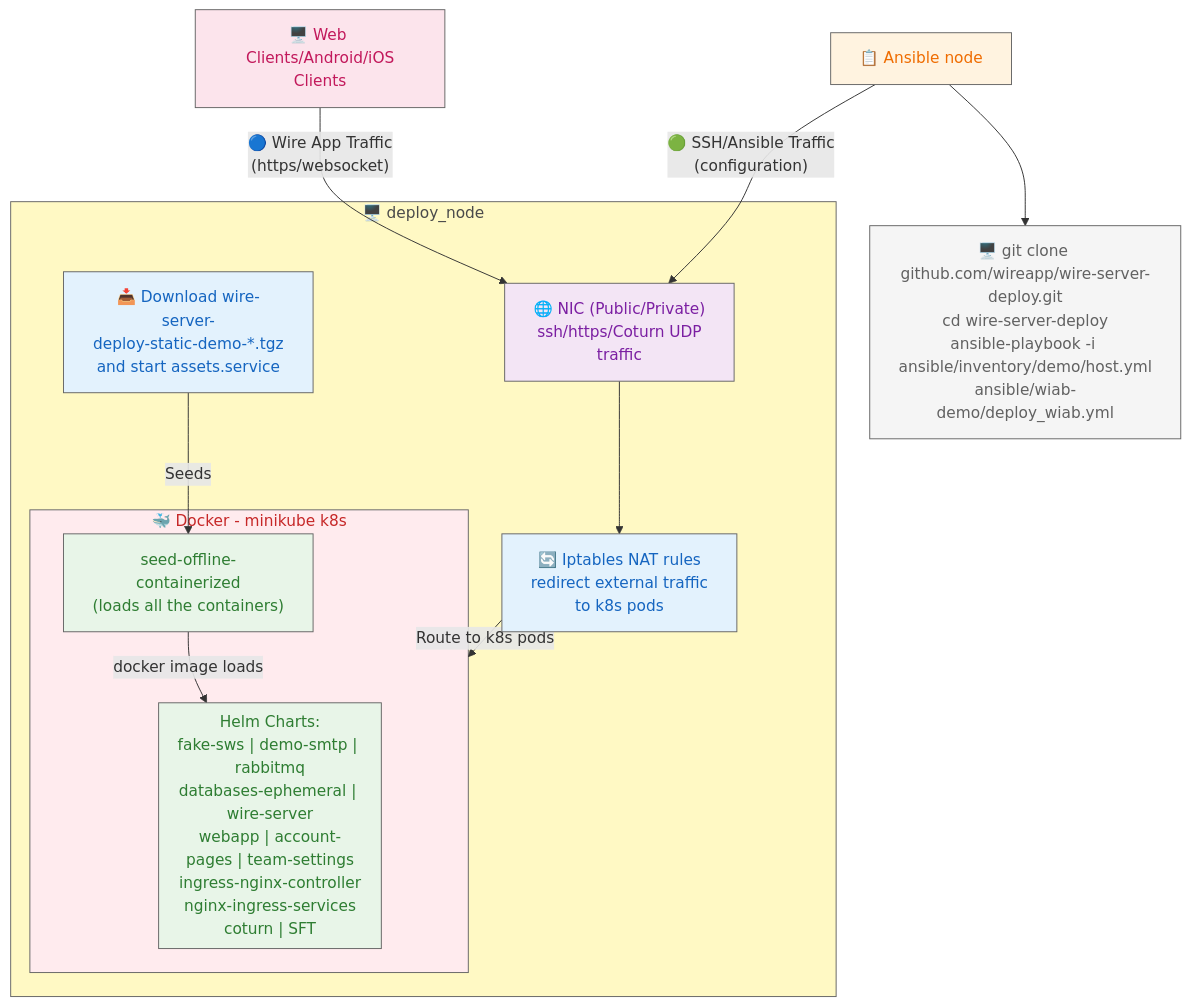
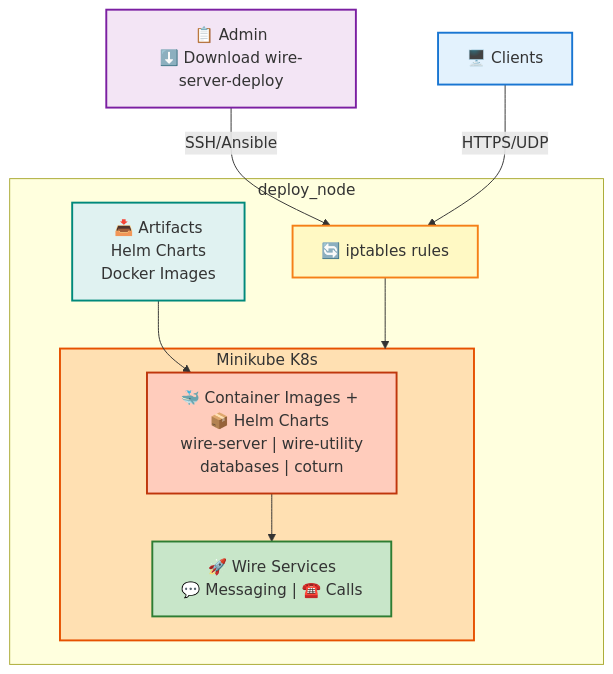
One commit to wireapp/wire-docs changed the diagram in src/how-to/install/demo-wiab.md. Above: the diagram before and after it, drawn with Mermaid. The commit also changed other lines of this file, not shown here.

Commit message:
fix: wpb-17321 update the documentation and diagram for demo-wiab

````diff
--- a/src/how-to/install/demo-wiab.md
+++ b/src/how-to/install/demo-wiab.md
@@ -29,64 +29,37 @@
 ```mermaid
 graph TB
-    %% External components
-    WebClients["🖥️ Web Clients/Android/iOS<br/>Clients"]
-    AnsibleNode["📋 Ansible node"]
+    Client["🖥️ Clients"]
+    Admin["📋 Admin<br/>⬇️ Download wire-server-deploy"]
     
-    %% Main deploy_node containing all components
-    subgraph DeployNode ["🖥️ deploy_node"]
-        %% NIC on the node
-        NIC["🌐 NIC (Public/Private)<br/>ssh/https/Coturn UDP<br/>traffic"]
-        
-        %% Iptables NAT rules on the node
-        NAT["🔄 Iptables NAT rules<br/>redirect external traffic<br/>to k8s pods"]
-        
-        %% Wire server deployment on the node
-        WireServerDownload["📥 Download wire-server-<br/>deploy-static-demo-*.tgz<br/>and start assets.service"]
-        
-        %% Docker/k8s environment on the node
-        subgraph DockerK8s ["🐳 Docker - minikube k8s"]
-            SeedContainer["seed-offline-containerized<br/>(loads all the containers)"]
-            
-            subgraph HelmCharts ["Helm Charts:<br/>fake-sws | demo-smtp | rabbitmq<br/>databases-ephemeral | wire-server<br/>webapp | account-pages | team-settings<br/>ingress-nginx-controller<br/>nginx-ingress-services<br/>coturn | SFT"]
-            end
+    subgraph Node ["deploy_node"]
+        IPTables["🔄 iptables rules"]
+        Download["📥 Artifacts<br/>Helm Charts<br/>Docker Images"]
+        subgraph K8s ["Minikube K8s"]
+            Seeds["🐳 Container Images + 📦 Helm Charts <br/>wire-server | wire-utility<br/>databases | coturn"]
+            Wire["🚀 Wire Services<br/>💬 Messaging | ☎️ Calls"]
         end
     end
-
-
-    GitCommands["🖥️ git clone github.com/wireapp/wire-server-deploy.git<br/>cd wire-server-deploy<br/>ansible-playbook -i ansible/inventory/demo/host.yml<br/>ansible/wiab-demo/deploy_wiab.yml"]
     
-    %% Traffic flows
-    %% Wire application traffic from clients
-    WebClients -->|"🔵 Wire App Traffic<br/>(https/websocket)"| NIC
-    NIC --> NAT
-    NAT -->|"Route to k8s pods"| DockerK8s
+    Admin -->|"SSH/Ansible"| IPTables
+    Client -->|"HTTPS/UDP"| IPTables
+    IPTables --> K8s
     
+    Download --> Seeds
+    Seeds --> Wire
     
-    %% SSH/Ansible configuration traffic
-    AnsibleNode -->|"🟢 SSH/Ansible Traffic<br/>(configuration)"| NIC
-    AnsibleNode --> GitCommands
+    classDef client fill:#e3f2fd,stroke:#1976d2,stroke-width:2px
+    classDef admin fill:#f3e5f5,stroke:#7b1fa2,stroke-width:2px
+    classDef network fill:#fff9c4,stroke:#f57f17,stroke-width:2px
+    classDef download fill:#e0f2f1,stroke:#00897b,stroke-width:2px
+    classDef k8s fill:#ffe0b2,stroke:#e65100,stroke-width:2px
+    classDef seeds fill:#ffccbc,stroke:#bf360c,stroke-width:2px
+    classDef wire fill:#c8e6c9,stroke:#2e7d32,stroke-width:2px
     
-    %% Internal connections on deploy_node
-    WireServerDownload -->|"Seeds"| SeedContainer
-    SeedContainer -->|"docker image loads"| HelmCharts
-
-    %% Color coding based on legend - softer colors for better readability
-    classDef yellow fill:#fff9c4,stroke:#666,stroke-width:1px,color:#4a4a4a
-    classDef blue fill:#e3f2fd,stroke:#666,stroke-width:1px,color:#1565c0
-    classDef green fill:#e8f5e8,stroke:#666,stroke-width:1px,color:#2e7d32
-    classDef red fill:#ffebee,stroke:#666,stroke-width:1px,color:#c62828
-    classDef purple fill:#f3e5f5,stroke:#666,stroke-width:1px,color:#7b1fa2
-    classDef rose fill:#fce4ec,stroke:#666,stroke-width:1px,color:#c2185b
-    classDef orange fill:#fff3e0,stroke:#666,stroke-width:1px,color:#ef6c00
-    classDef gray fill:#f5f5f5,stroke:#666,stroke-width:1px,color:#616161
-    
-    %% Apply colors according to legend and function
-    class DeployNode yellow
-    class WireServerDownload,NAT blue
-    class HelmCharts,SeedContainer green
-    class DockerK8s red
-    class NIC purple
-    class WebClients rose
-    class AnsibleNode orange
-    class GitCommands gray
+    class Client client
+    class Admin admin
+    class IPTables network
+    class Download download
+    class K8s k8s
+    class Seeds seeds
+    class Wire wire
 ```
````
